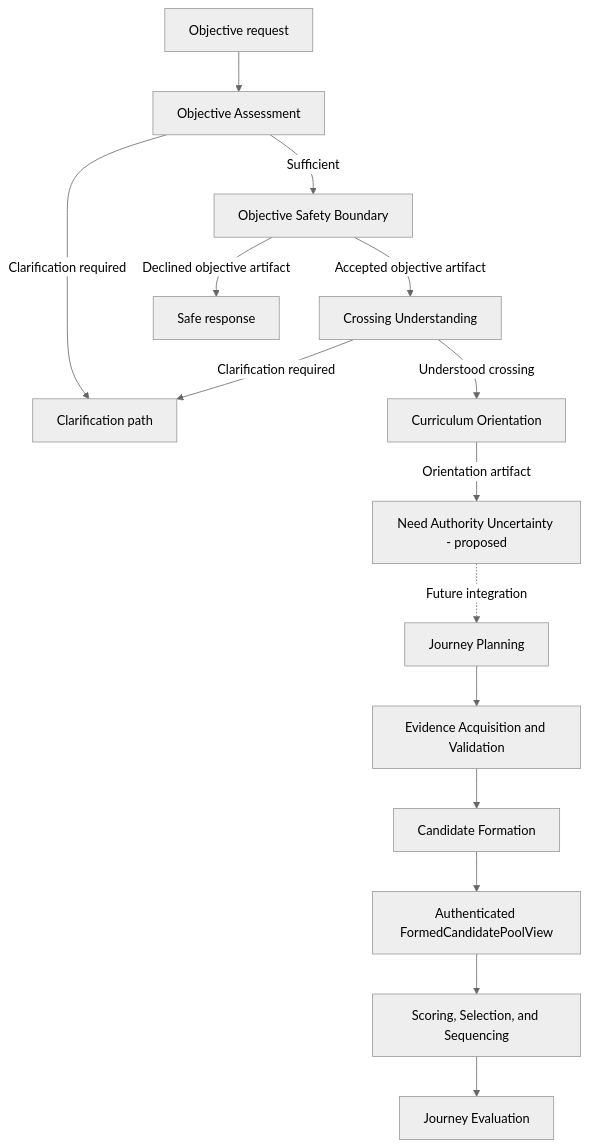
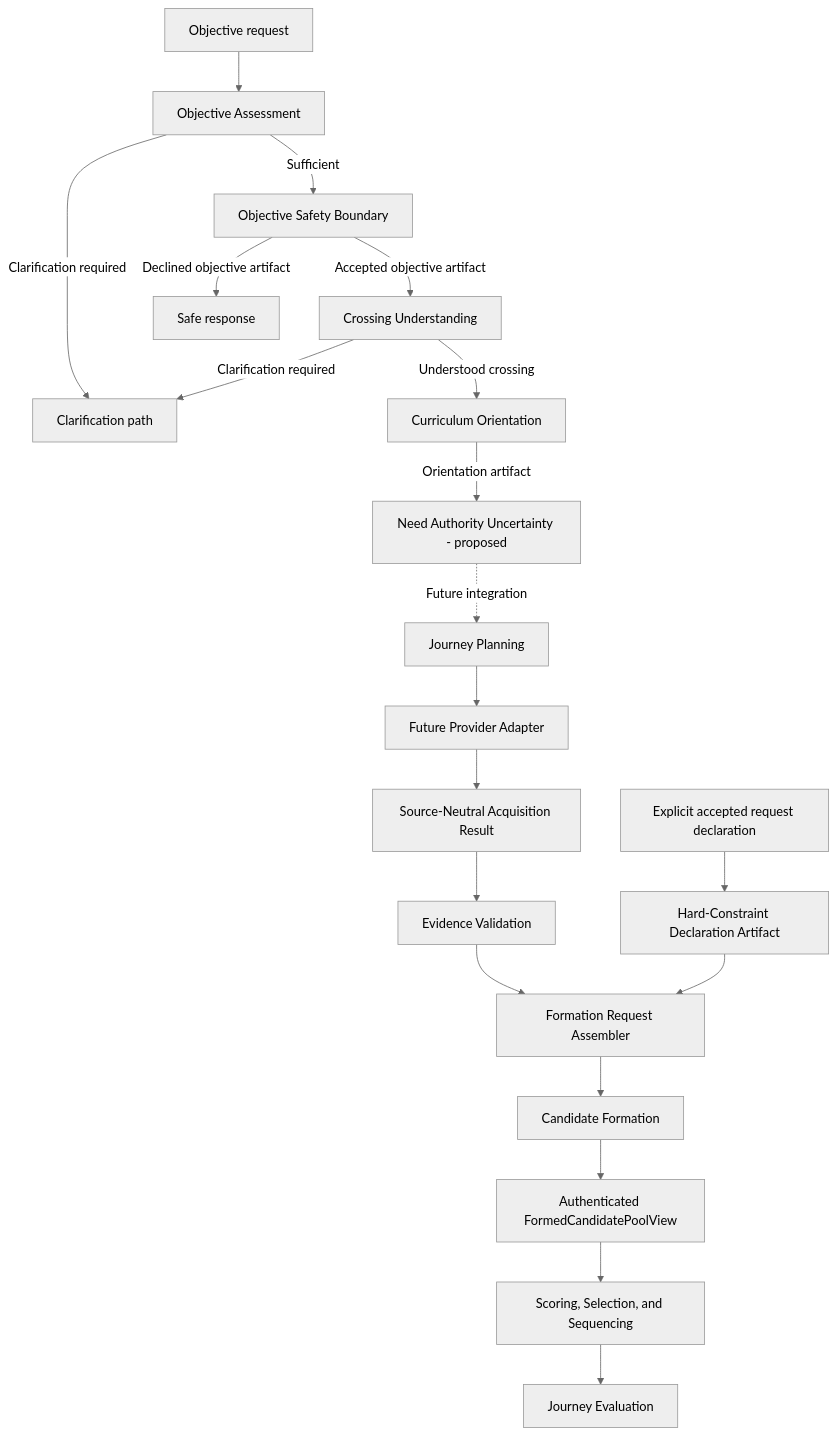
One commit to kevin7773/PlaylistNarrative changed the diagram in docs/architecture.md. Above: the diagram before and after it, drawn with Mermaid (neutral theme). The commit also changed other lines of this file and 12 other files, not shown here.

Commit message:
feat: add source-neutral acquisition authority boundary

````diff
--- a/docs/architecture.md
+++ b/docs/architecture.md
@@ -53,17 +55,22 @@
 ```mermaid
 flowchart TD
     A["Objective request"] --> B["Objective Assessment"]
     B -->|"Clarification required"| C["Clarification path"]
     B -->|"Sufficient"| D["Objective Safety Boundary"]
     D -->|"Accepted objective artifact"| CU["Crossing Understanding"]
     D -->|"Declined objective artifact"| F["Safe response"]
     CU -->|"Understood crossing"| O["Curriculum Orientation"]
     CU -->|"Clarification required"| C
     O -->|"Orientation artifact"| N["Need Authority Uncertainty - proposed"]
     N -.->|"Future integration"| E["Journey Planning"]
-    E --> G["Evidence Acquisition and Validation"]
-    G --> J["Candidate Formation"]
+    E --> G["Future Provider Adapter"]
+    G --> ACQ["Source-Neutral Acquisition Result"]
+    ACQ --> V["Evidence Validation"]
+    V --> R["Formation Request Assembler"]
+    X["Explicit accepted request declaration"] --> Q["Hard-Constraint Declaration Artifact"]
+    Q --> R
+    R --> J["Candidate Formation"]
     J --> K["Authenticated FormedCandidatePoolView"]
     K --> H["Scoring, Selection, and Sequencing"]
     H --> I["Journey Evaluation"]
 ```
````
